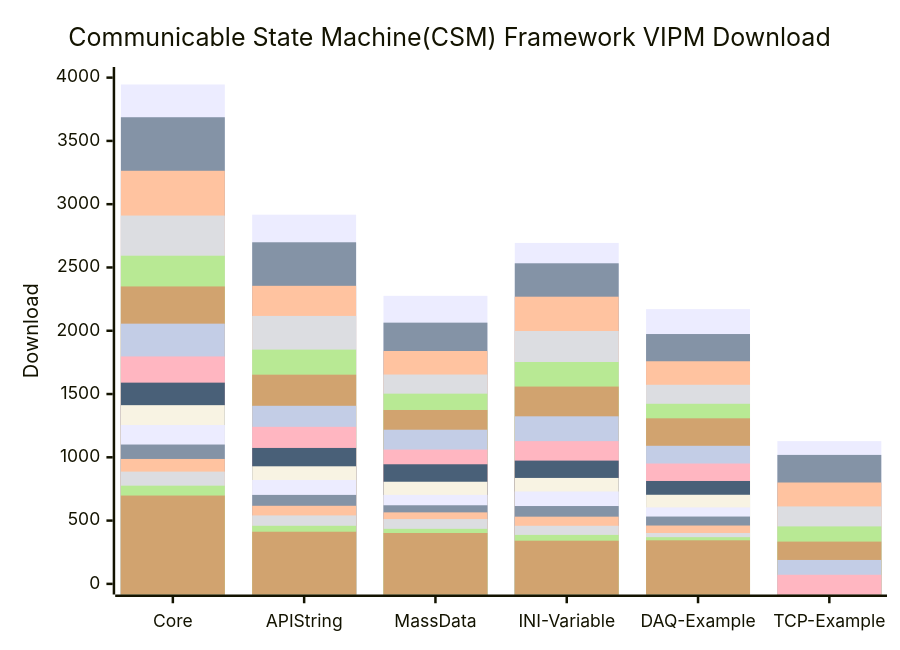
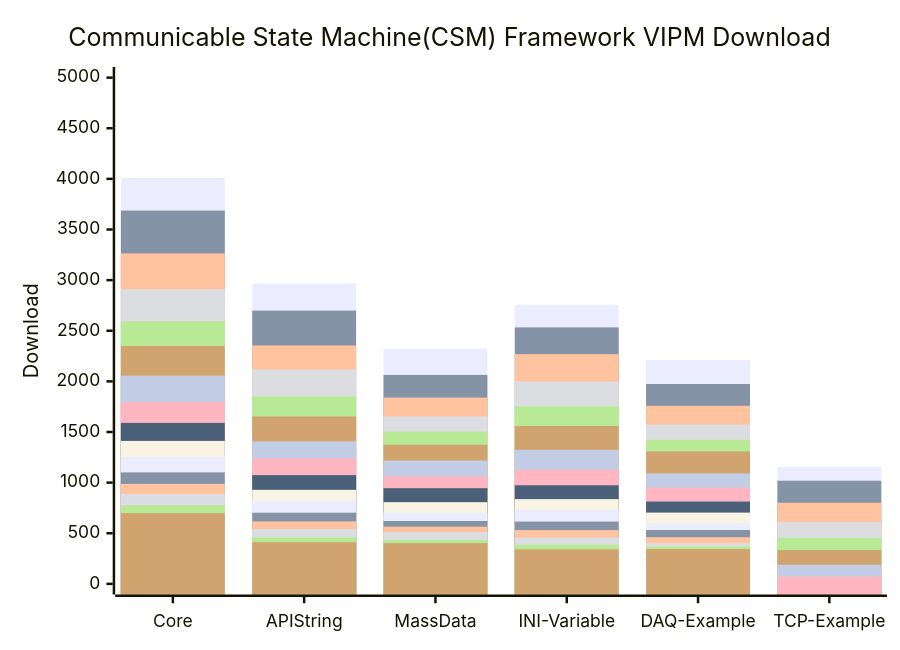
The diagram in profile/README.md (NEVSTOP-LAB/.github), drawn with Mermaid before and after one commit.

````diff
--- a/profile/README.md
+++ b/profile/README.md
@@ -31,22 +31,22 @@
 ```mermaid
     xychart-beta
     title "Communicable State Machine(CSM) Framework VIPM Download"
     x-axis [Core, API String, MassData, INI-Variable, DAQ-Example, TCP-Example]
-    y-axis "Download" 0 --> 4000
-    bar   [3946, 2917, 2276, 2694, 2171, 1128]
+    y-axis "Download" 0 --> 5000
+    bar   [4009, 2967, 2322, 2757, 2212, 1155]
     bar   [3687, 2699, 2064, 2533, 1974, 1019]
     bar   [3264, 2355, 1840, 2269, 1759, 801]
     bar   [2910, 2117, 1654, 1998, 1573, 612]
     bar   [2593, 1851, 1503, 1753, 1423, 454]
     bar   [2350, 1653, 1374, 1559, 1308, 334]
     bar   [2056, 1407, 1218, 1324, 1091, 189]
     bar   [1797, 1241, 1061, 1128, 951, 72]
     bar   [1590, 1074, 945, 974, 813]
     bar   [1412, 929, 807, 837, 704]
     bar   [1255, 821, 703, 730, 604]
     bar   [1101, 703, 621, 615, 532]
     bar   [987, 617, 565, 531, 461]
     bar   [887, 541, 512, 459, 402]
     bar   [776, 459, 435, 387, 369]
     bar   [698, 412, 402, 341, 344]
 ```
````
